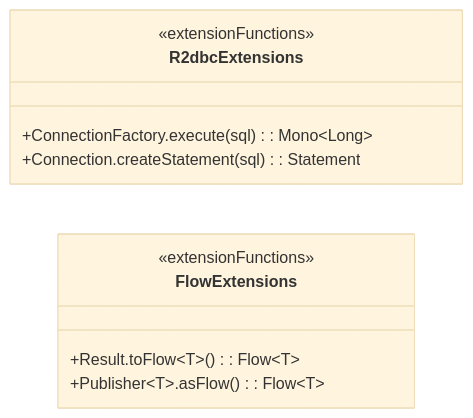
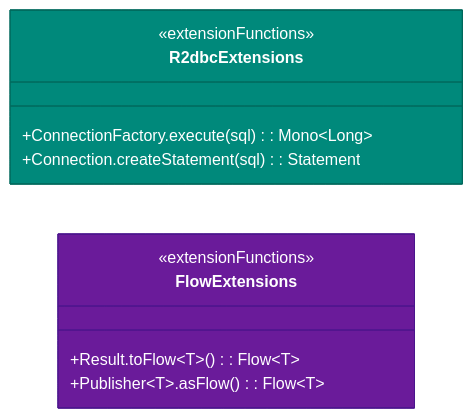
Before and after one commit to bluetape4k/bluetape4k-projects: the first of 4 diagrams in data/r2dbc/README.md, drawn with Mermaid (base theme). The commit also changed other lines of this file and 221 other files, not shown here.

First line of the commit message:
docs: 전체 모듈 README UML 다이어그램 보강 및 색상 업그레이드

````diff
--- a/data/r2dbc/README.md
+++ b/data/r2dbc/README.md
@@ -293,15 +293,17 @@
 ```mermaid
 classDiagram
     direction LR
     class R2dbcExtensions {
         <<extensionFunctions>>
         +ConnectionFactory.execute(sql): Mono~Long~
         +Connection.createStatement(sql): Statement
     }
     class FlowExtensions {
         <<extensionFunctions>>
         +Result.toFlow~T~(): Flow~T~
         +Publisher~T~.asFlow(): Flow~T~
     }
 
+    style R2dbcExtensions fill:#00897B,stroke:#00695C,color:#FFFFFF
+    style FlowExtensions fill:#6A1B9A,stroke:#4A148C,color:#FFFFFF
 ```
````
